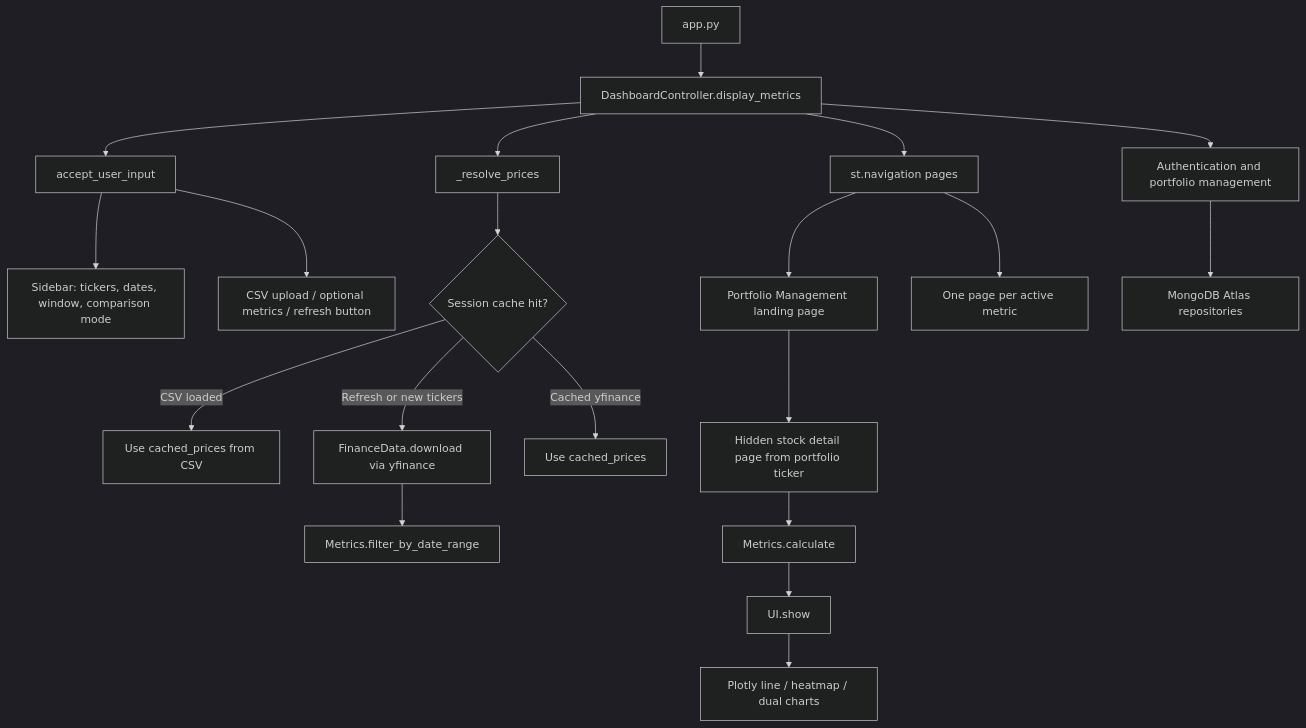
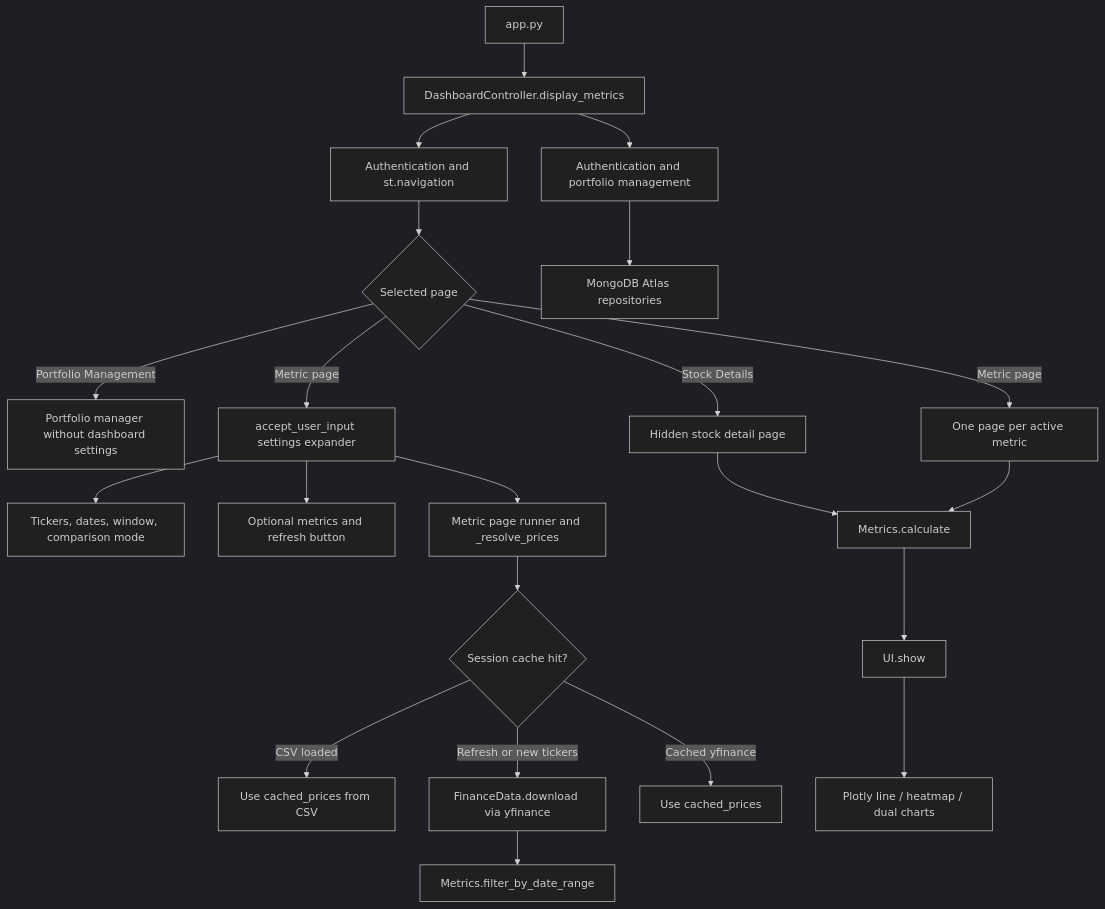
Before and after one commit to skyel123/stock-recommendation-system: the diagram in AGENTS.md, drawn with Mermaid (dark theme). The commit also changed other lines of this file and 6 other files, not shown here.

Commit message:
Added portfolio performance and risk distribution charts

````diff
--- a/AGENTS.md
+++ b/AGENTS.md
@@ -37,26 +37,26 @@
 ```mermaid
 flowchart TD
     A[app.py] --> B[DashboardController.display_metrics]
-    B --> C[accept_user_input]
-    B --> D[_resolve_prices]
-    B --> E[st.navigation pages]
+    B --> C[Authentication and st.navigation]
+    C --> D{Selected page}
+    D -->|Portfolio Management| E[Portfolio manager without dashboard settings]
+    D -->|Metric page| F[accept_user_input settings expander]
+    D -->|Stock Details| G[Hidden stock detail page]
 
-    C --> C1[Sidebar: tickers, dates, window, comparison mode]
-    C --> C2[CSV upload / optional metrics / refresh button]
+    F --> F1[Tickers, dates, window, comparison mode]
+    F --> F2[Optional metrics and refresh button]
+    F --> H[Metric page runner and _resolve_prices]
+    H --> H1{Session cache hit?}
+    H1 -->|CSV loaded| H2[Use cached_prices from CSV]
+    H1 -->|Refresh or new tickers| H3[FinanceData.download via yfinance]
+    H1 -->|Cached yfinance| H4[Use cached_prices]
+    H3 --> H5[Metrics.filter_by_date_range]
+    D -->|Metric page| I[One page per active metric]
+    B --> K[Authentication and portfolio management]
 
-    D --> D1{Session cache hit?}
-    D1 -->|CSV loaded| D2[Use cached_prices from CSV]
-    D1 -->|Refresh or new tickers| D3[FinanceData.download via yfinance]
-    D1 -->|Cached yfinance| D4[Use cached_prices]
-    D3 --> D5[Metrics.filter_by_date_range]
-
-    E --> E1[Portfolio Management landing page]
-    E1 --> E2[Hidden stock detail page from portfolio ticker]
-    E --> E3[One page per active metric]
-    B --> H[Authentication and portfolio management]
-
-    E2 --> F[Metrics.calculate]
-    F --> G[UI.show]
-    G --> G1[Plotly line / heatmap / dual charts]
-    H --> H1[MongoDB Atlas repositories]
+    G --> J[Metrics.calculate]
+    I --> J
+    J --> L[UI.show]
+    L --> L1[Plotly line / heatmap / dual charts]
+    K --> K1[MongoDB Atlas repositories]
 ```
````
